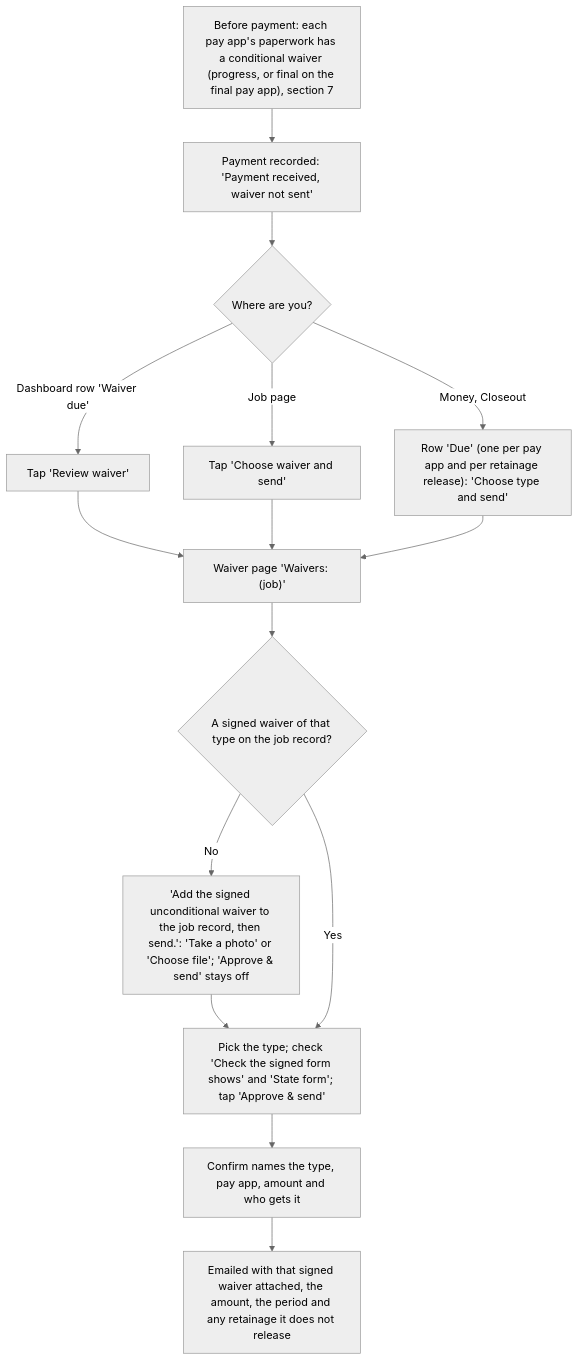
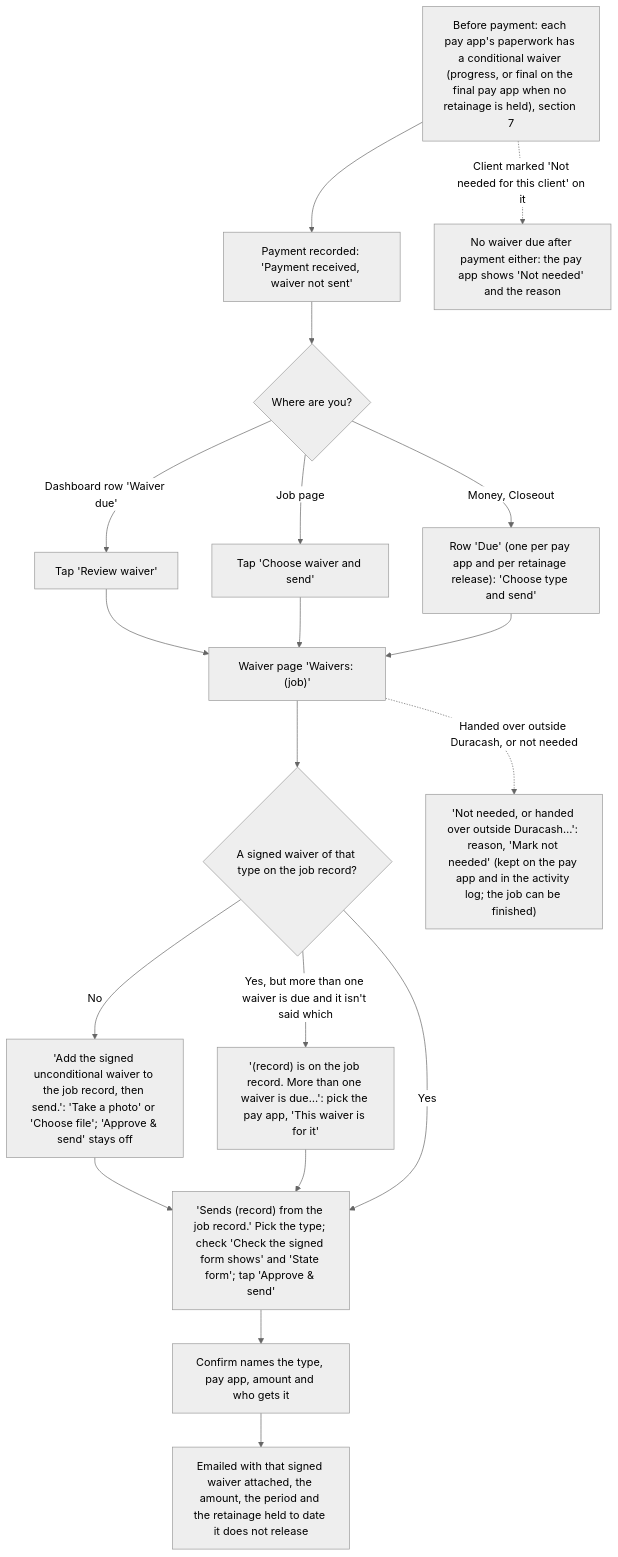
One commit to cartwrightstephen/billdable changed diagram 11 of 16 in docs/client-flows.md. Above: the diagram before and after it, drawn with Mermaid (neutral theme). The commit also changed other lines of this file and 1 other file, not shown here.

First line of the commit message:
Flows doc and helper answers follow the money fixes

````diff
--- a/docs/client-flows.md
+++ b/docs/client-flows.md
@@ -436,17 +436,21 @@
 ```mermaid
 flowchart TD
-    A0["Before payment: each pay app's paperwork has a conditional waiver (progress, or final on the final pay app), section 7"] --> A
+    A0["Before payment: each pay app's paperwork has a conditional waiver (progress, or final on the final pay app when no retainage is held), section 7"] --> A
+    A0 -.->|"Client marked 'Not needed for this client' on it"| AN["No waiver due after payment either: the pay app shows 'Not needed' and the reason"]
     A["Payment recorded: 'Payment received, waiver not sent'"] --> B{"Where are you?"}
     B -->|"Dashboard row 'Waiver due'"| C["Tap 'Review waiver'"]
     B -->|"Job page"| C2["Tap 'Choose waiver and send'"]
     B -->|"Money, Closeout"| C3["Row 'Due' (one per pay app and per retainage release): 'Choose type and send'"]
     C --> D["Waiver page 'Waivers: (job)'"]
     C2 --> D
     C3 --> D
     D --> E{"A signed waiver of that type on the job record?"}
     E -->|"No"| E1["'Add the signed unconditional waiver to the job record, then send.': 'Take a photo' or 'Choose file'; 'Approve & send' stays off"]
     E1 --> F
-    E -->|"Yes"| F["Pick the type; check 'Check the signed form shows' and 'State form'; tap 'Approve & send'"]
+    E -->|"Yes, but more than one waiver is due and it isn't said which"| EW["'(record) is on the job record. More than one waiver is due…': pick the pay app, 'This waiver is for it'"]
+    EW --> F
+    E -->|"Yes"| F["'Sends (record) from the job record.' Pick the type; check 'Check the signed form shows' and 'State form'; tap 'Approve & send'"]
+    D -.->|"Handed over outside Duracash, or not needed"| NN["'Not needed, or handed over outside Duracash…': reason, 'Mark not needed' (kept on the pay app and in the activity log; the job can be finished)"]
     F --> G["Confirm names the type, pay app, amount and who gets it"]
-    G --> I["Emailed with that signed waiver attached, the amount, the period and any retainage it does not release"]
+    G --> I["Emailed with that signed waiver attached, the amount, the period and the retainage held to date it does not release"]
 ```
````
